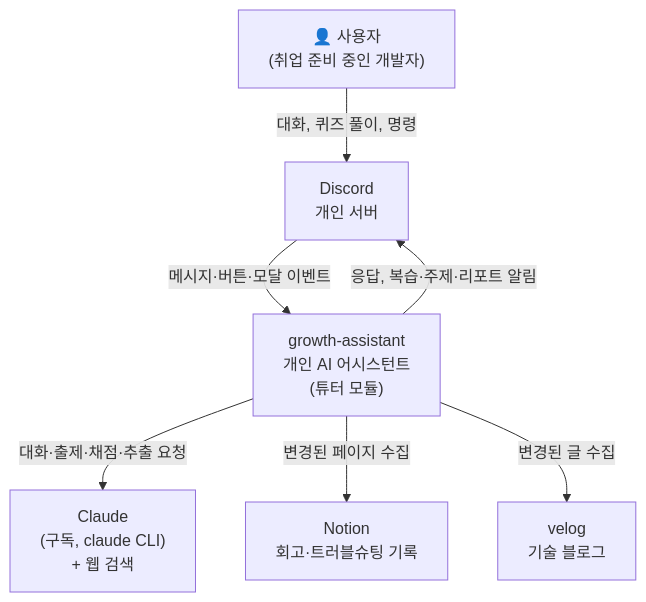
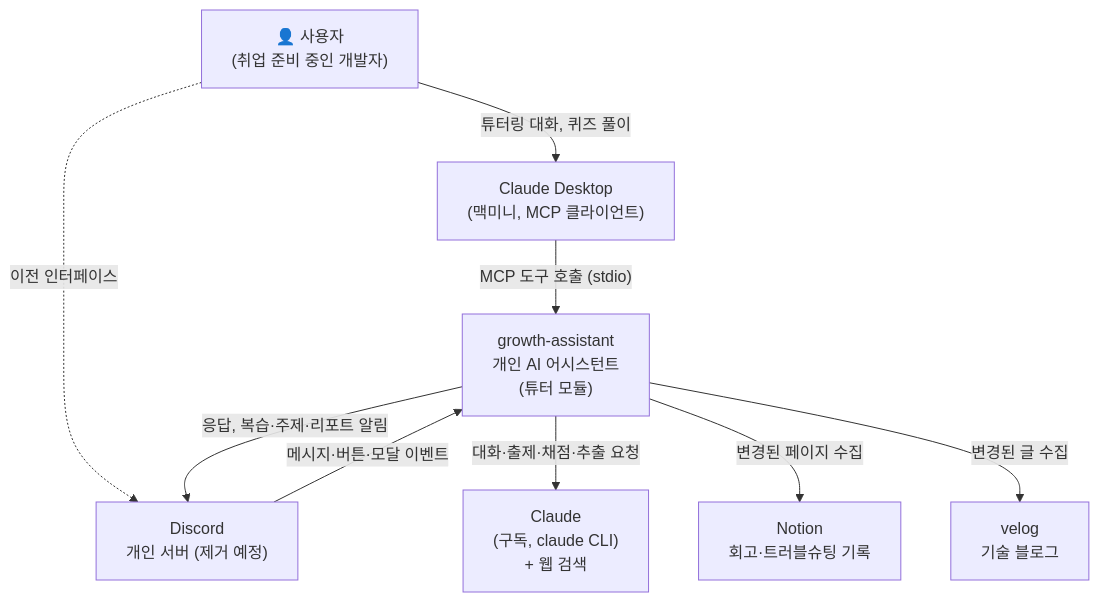
Before and after one commit to Wonchang0314/growth-assistant: the diagram in docs/architecture/c4-1-context.md, drawn with Mermaid. The commit also changed other lines of this file and 31 other files, not shown here.

First line of the commit message:
feat: 로컬 MCP 서버 stdio 진입점과 첫 도구 (get_learning_context, record_study_note)

````diff
--- a/docs/architecture/c4-1-context.md
+++ b/docs/architecture/c4-1-context.md
@@ -5,16 +5,19 @@
 ```mermaid
 flowchart TB
     user["👤 사용자<br/>(취업 준비 중인 개발자)"]
     ga["growth-assistant<br/>개인 AI 어시스턴트<br/>(튜터 모듈)"]
-    discord["Discord<br/>개인 서버"]
+    desktop["Claude Desktop<br/>(맥미니, MCP 클라이언트)"]
+    discord["Discord<br/>개인 서버 (제거 예정)"]
     claude["Claude<br/>(구독, claude CLI)<br/>+ 웹 검색"]
     notion["Notion<br/>회고·트러블슈팅 기록"]
     velog["velog<br/>기술 블로그"]
 
-    user -- "대화, 퀴즈 풀이, 명령" --> discord
+    user -- "튜터링 대화, 퀴즈 풀이" --> desktop
+    desktop -- "MCP 도구 호출 (stdio)" --> ga
+    user -. "이전 인터페이스" .-> discord
     discord -- "메시지·버튼·모달 이벤트" --> ga
     ga -- "응답, 복습·주제·리포트 알림" --> discord
     ga -- "대화·출제·채점·추출 요청" --> claude
     ga -- "변경된 페이지 수집" --> notion
     ga -- "변경된 글 수집" --> velog
 ```
````
